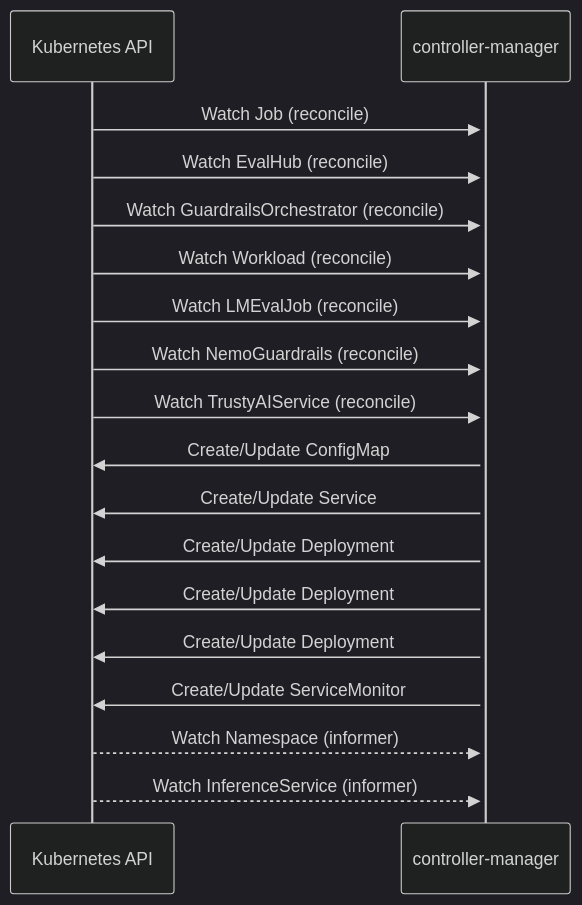
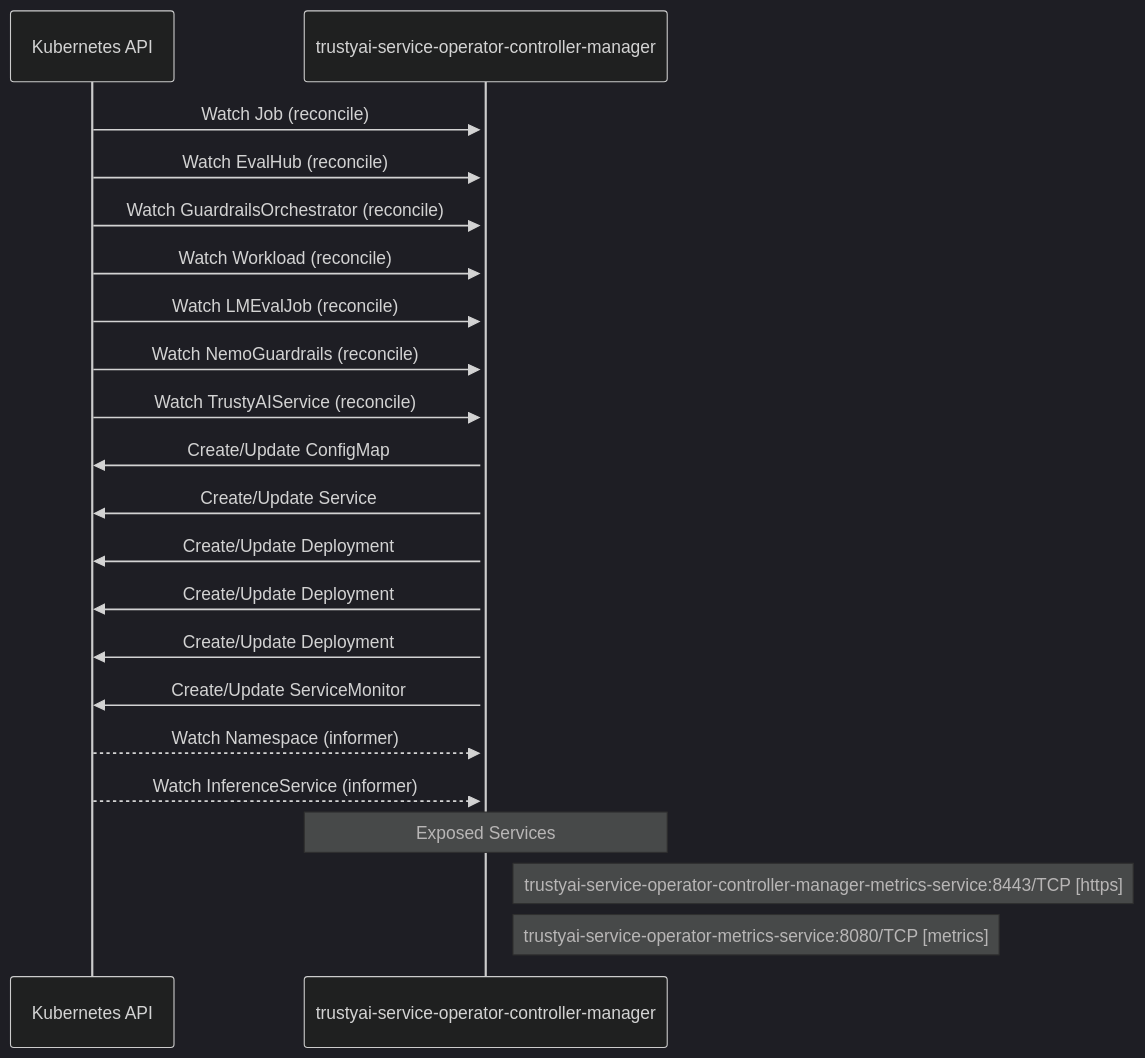
One commit to ugiordan/architecture-analyzer changed the diagram in site/docs/odh-platform/components/trustyai_service_operator/dataflow.md. Above: the diagram before and after it, drawn with Mermaid (dark theme). The commit also changed other lines of this file and 299 other files, not shown here.

````diff
--- a/site/docs/odh-platform/components/trustyai_service_operator/dataflow.md
+++ b/site/docs/odh-platform/components/trustyai_service_operator/dataflow.md
@@ -29,23 +29,27 @@
 ```mermaid
 sequenceDiagram
     %% Static dataflow for trustyai-service-operator
 
     participant KubernetesAPI as Kubernetes API
-    participant controller_manager as controller-manager
+    participant trustyai_service_operator_controller_manager as trustyai-service-operator-controller-manager
 
-    KubernetesAPI->>+controller_manager: Watch Job (reconcile)
-    KubernetesAPI->>+controller_manager: Watch EvalHub (reconcile)
-    KubernetesAPI->>+controller_manager: Watch GuardrailsOrchestrator (reconcile)
-    KubernetesAPI->>+controller_manager: Watch Workload (reconcile)
-    KubernetesAPI->>+controller_manager: Watch LMEvalJob (reconcile)
-    KubernetesAPI->>+controller_manager: Watch NemoGuardrails (reconcile)
-    KubernetesAPI->>+controller_manager: Watch TrustyAIService (reconcile)
-    controller_manager->>KubernetesAPI: Create/Update ConfigMap
-    controller_manager->>KubernetesAPI: Create/Update Service
-    controller_manager->>KubernetesAPI: Create/Update Deployment
-    controller_manager->>KubernetesAPI: Create/Update Deployment
-    controller_manager->>KubernetesAPI: Create/Update Deployment
-    controller_manager->>KubernetesAPI: Create/Update ServiceMonitor
-    KubernetesAPI-->>+controller_manager: Watch Namespace (informer)
-    KubernetesAPI-->>+controller_manager: Watch InferenceService (informer)
+    KubernetesAPI->>+trustyai_service_operator_controller_manager: Watch Job (reconcile)
+    KubernetesAPI->>+trustyai_service_operator_controller_manager: Watch EvalHub (reconcile)
+    KubernetesAPI->>+trustyai_service_operator_controller_manager: Watch GuardrailsOrchestrator (reconcile)
+    KubernetesAPI->>+trustyai_service_operator_controller_manager: Watch Workload (reconcile)
+    KubernetesAPI->>+trustyai_service_operator_controller_manager: Watch LMEvalJob (reconcile)
+    KubernetesAPI->>+trustyai_service_operator_controller_manager: Watch NemoGuardrails (reconcile)
+    KubernetesAPI->>+trustyai_service_operator_controller_manager: Watch TrustyAIService (reconcile)
+    trustyai_service_operator_controller_manager->>KubernetesAPI: Create/Update ConfigMap
+    trustyai_service_operator_controller_manager->>KubernetesAPI: Create/Update Service
+    trustyai_service_operator_controller_manager->>KubernetesAPI: Create/Update Deployment
+    trustyai_service_operator_controller_manager->>KubernetesAPI: Create/Update Deployment
+    trustyai_service_operator_controller_manager->>KubernetesAPI: Create/Update Deployment
+    trustyai_service_operator_controller_manager->>KubernetesAPI: Create/Update ServiceMonitor
+    KubernetesAPI-->>+trustyai_service_operator_controller_manager: Watch Namespace (informer)
+    KubernetesAPI-->>+trustyai_service_operator_controller_manager: Watch InferenceService (informer)
+
+    Note over trustyai_service_operator_controller_manager: Exposed Services
+    Note right of trustyai_service_operator_controller_manager: trustyai-service-operator-controller-manager-metrics-service:8443/TCP [https]
+    Note right of trustyai_service_operator_controller_manager: trustyai-service-operator-metrics-service:8080/TCP [metrics]
 ```
````
